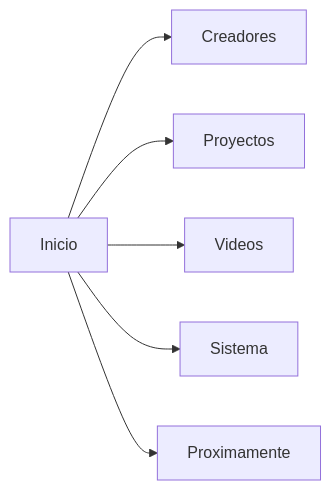
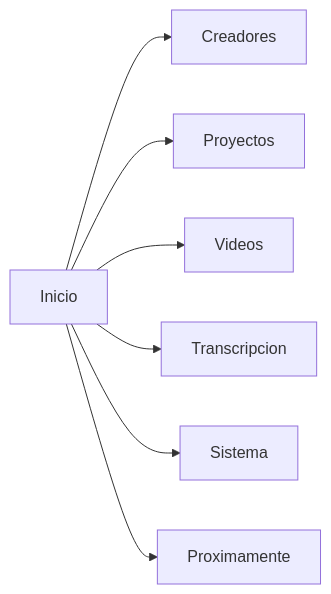
Before and after one commit to AS26-Lab/Creator_Inteligence_Studio: the diagram in docs/UI_MAP.md, drawn with Mermaid. The commit also changed other lines of this file and 39 other files, not shown here.

````diff
--- a/docs/UI_MAP.md
+++ b/docs/UI_MAP.md
@@ -5,8 +5,9 @@
 ```mermaid
 flowchart LR
     Home[Inicio] --> Creators[Creadores]
     Home --> Projects[Proyectos]
     Home --> Media[Videos]
+    Home --> Transcription[Transcripcion]
     Home --> System[Sistema]
     Home --> Future[Proximamente]
 ```
````
